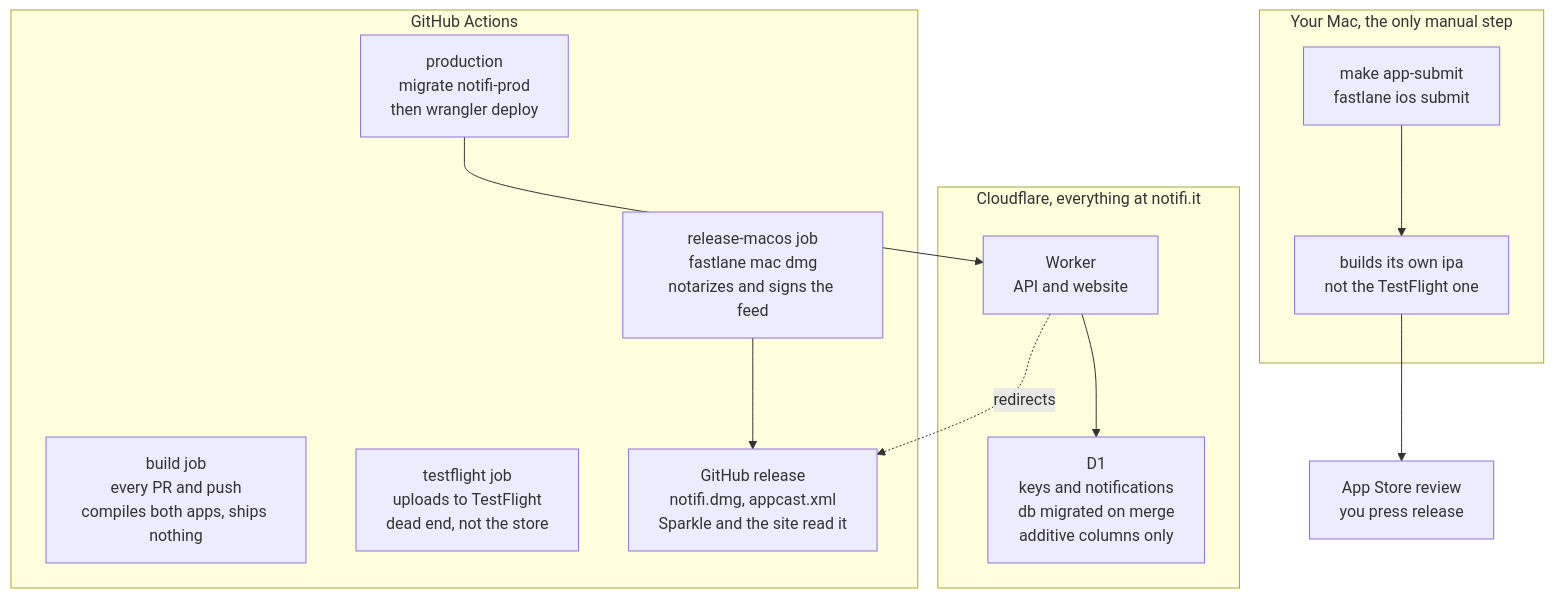
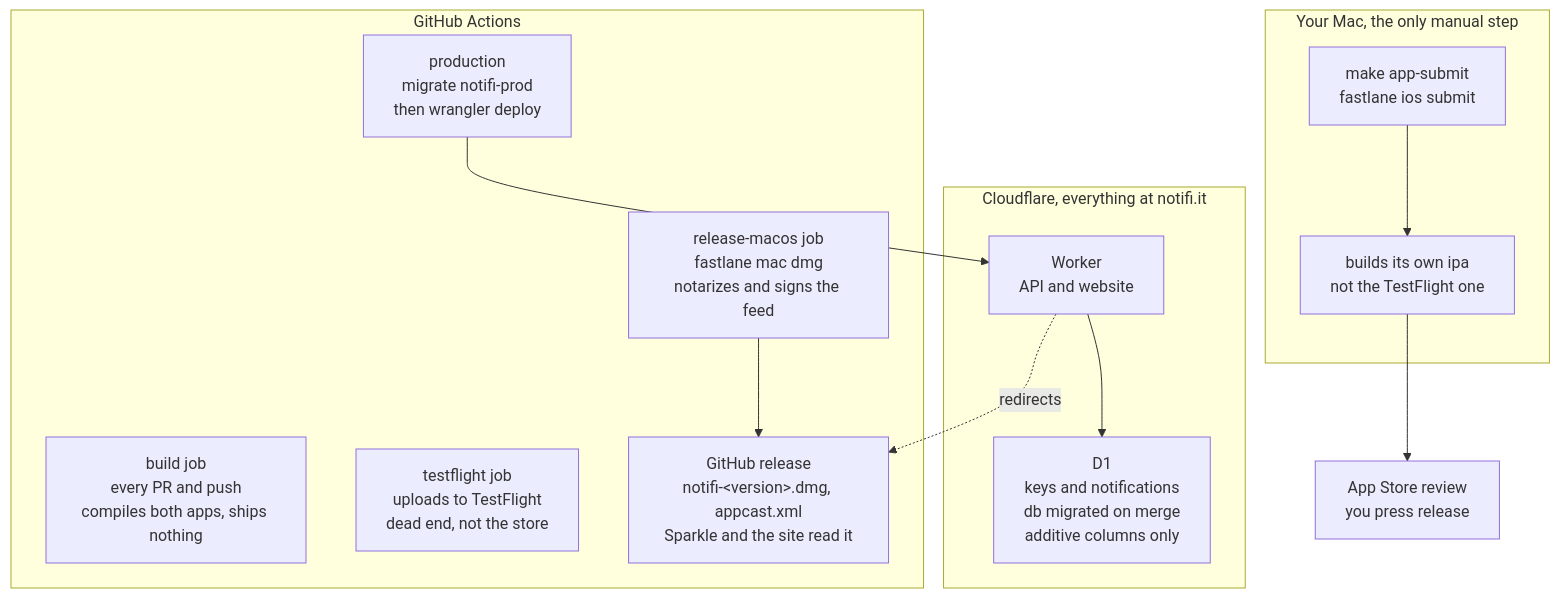
Before and after one commit to notifi-it/notifi: the diagram in docs/SHIPPING.md, drawn with Mermaid. The commit also changed other lines of this file and 3 other files, not shown here.

First line of the commit message:
Name the release DMG after the version it contains

````diff
--- a/docs/SHIPPING.md
+++ b/docs/SHIPPING.md
@@ -6,27 +6,27 @@
 ```mermaid
 flowchart TB
   subgraph GH["GitHub Actions"]
     build["build job<br/>every PR and push<br/>compiles both apps, ships nothing"]
     prod["production<br/>migrate notifi-prod<br/>then wrangler deploy"]
     tf["testflight job<br/>uploads to TestFlight<br/>dead end, not the store"]
     mac["release-macos job<br/>fastlane mac dmg<br/>notarizes and signs the feed"]
-    ghr["GitHub release<br/>notifi.dmg, appcast.xml<br/>Sparkle and the site read it"]
+    ghr["GitHub release<br/>notifi-&lt;version&gt;.dmg, appcast.xml<br/>Sparkle and the site read it"]
     mac --> ghr
   end
 
   subgraph CF["Cloudflare, everything at notifi.it"]
     d1["D1<br/>keys and notifications<br/>db migrated on merge<br/>additive columns only"]
     worker["Worker<br/>API and website"]
     worker --> d1
   end
 
   subgraph MAC["Your Mac, the only manual step"]
     submit["make app-submit<br/>fastlane ios submit"]
     ipa["builds its own ipa<br/>not the TestFlight one"]
     submit --> ipa
   end
 
   prod --> worker
   worker -.redirects.-> ghr
   ipa --> review["App Store review<br/>you press release"]
 ```
````
